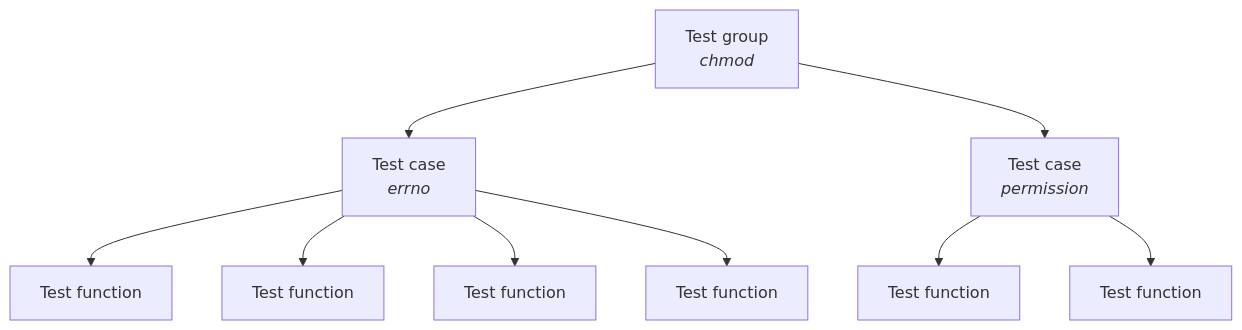
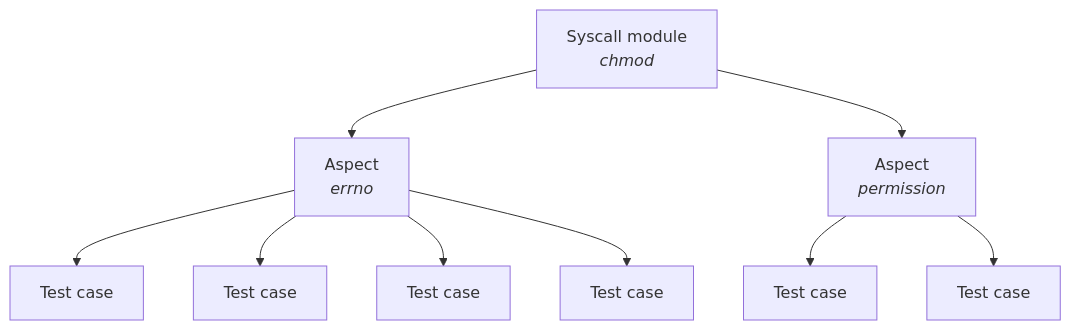
One commit to musikid/pjdfstest changed the diagram in README.md. Above: the diagram before and after it, drawn with Mermaid. The commit also changed other lines of this file and 11 other files, not shown here.

````diff
--- a/README.md
+++ b/README.md
@@ -30,14 +30,14 @@
 ```mermaid
 graph TD
-TG[Test group<br /><i>chmod</i>] --> TC1[Test case<br /><i>errno</i>]
+TG[Syscall module<br /><i>chmod</i>] --> TC1[Aspect<br /><i>errno</i>]
 
-TC1 --> TC1F1[Test function]
-TC1 --> TC1F2[Test function]
-TC1 --> TC1F3[Test function]
-TC1 --> TC1F4[Test function]
+TC1 --> TC1F1[Test case]
+TC1 --> TC1F2[Test case]
+TC1 --> TC1F3[Test case]
+TC1 --> TC1F4[Test case]
 
-TG --> TC2[Test case<br /><i>permission</i>]
+TG --> TC2[Aspect<br /><i>permission</i>]
 
-TC2 --> TC2F1[Test function]
-TC2 --> TC2F2[Test function]
+TC2 --> TC2F1[Test case]
+TC2 --> TC2F2[Test case]
 ```
````
